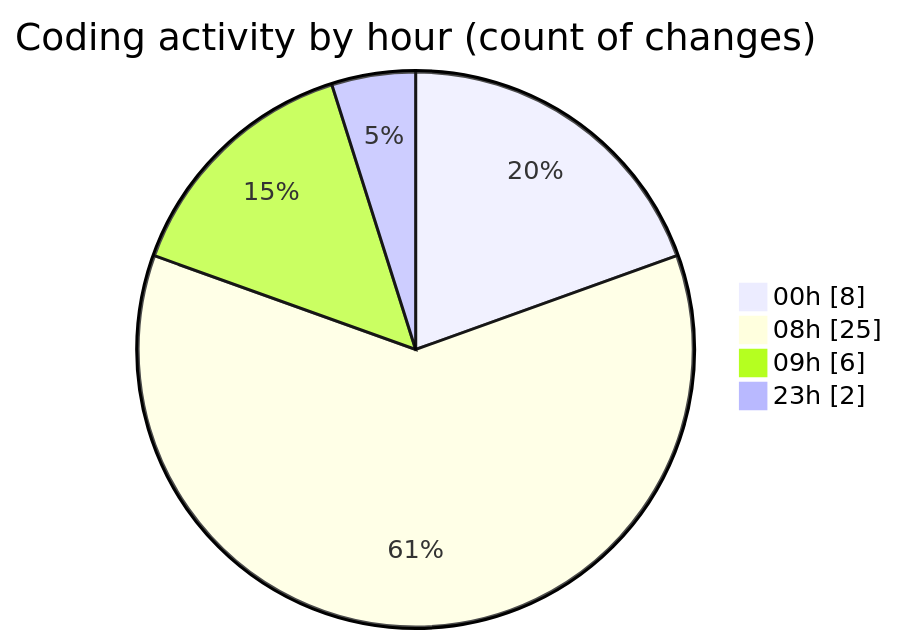
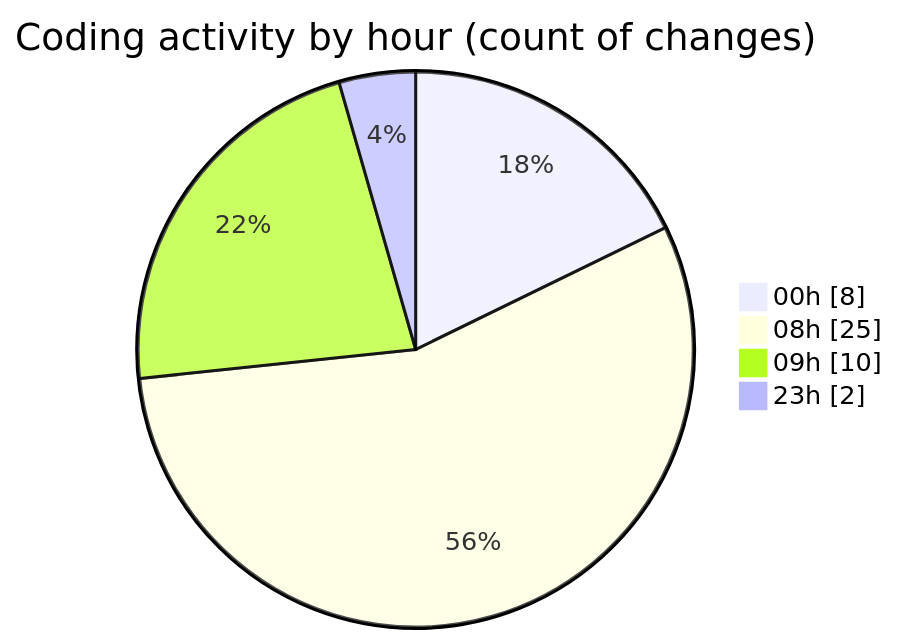
The second of 2 diagrams in 2025-08-13/ribbon/README.md (EIIisD/code-tracking), drawn with Mermaid before and after one commit. The commit also changed other lines of this file and 1 other file, not shown here.

````diff
--- a/2025-08-13/ribbon/README.md
+++ b/2025-08-13/ribbon/README.md
@@ -35,8 +35,8 @@
 ```mermaid
 pie showData
 title Coding activity by hour (count of changes)
 "00h" : 8
 "08h" : 25
-"09h" : 6
+"09h" : 10
 "23h" : 2
 ```
````
